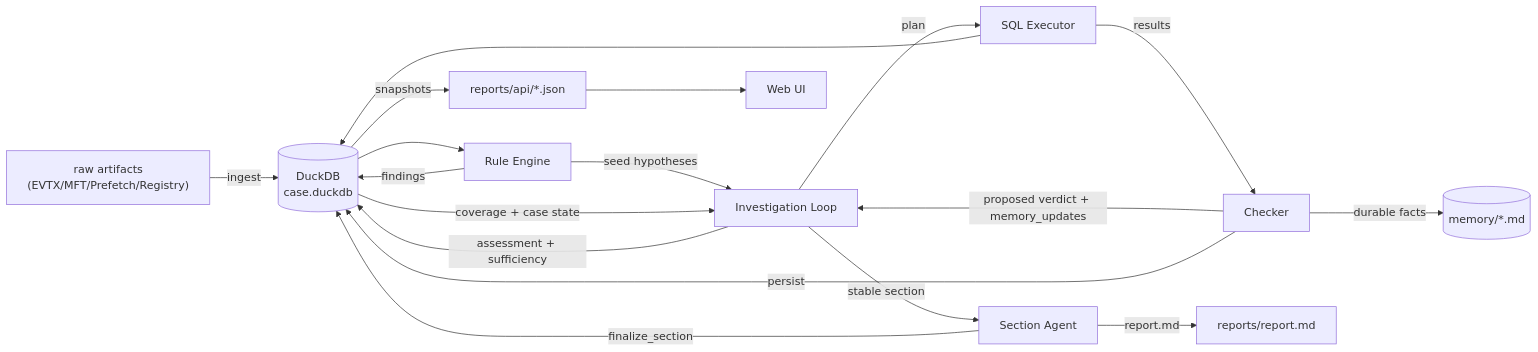
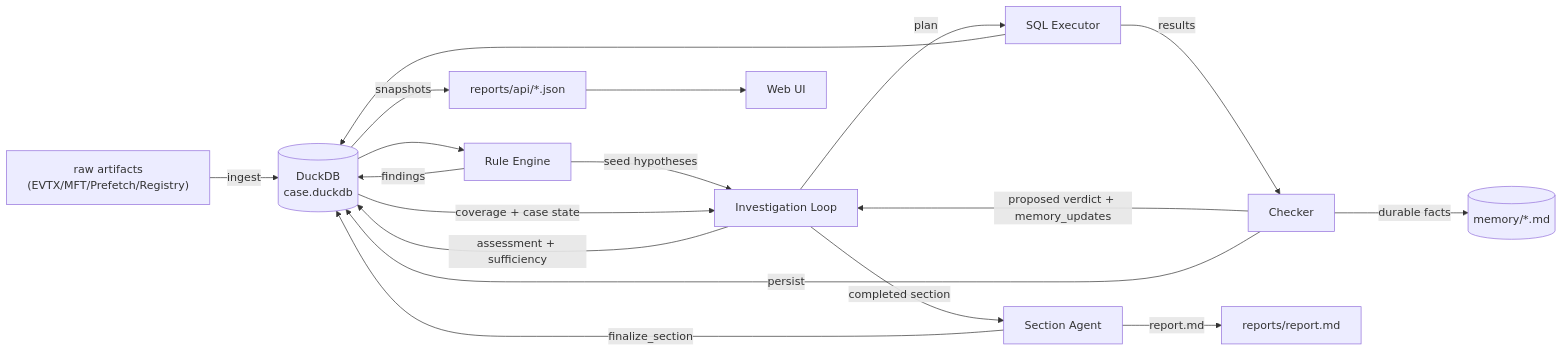
The first of 4 diagrams in docs/architecture.md (sumeshi/forensia), drawn with Mermaid before and after one commit. The commit also changed other lines of this file and 12 other files, not shown here.

````diff
--- a/docs/architecture.md
+++ b/docs/architecture.md
@@ -14,20 +14,20 @@
 ```mermaid
 flowchart LR
     A["raw artifacts<br/>(EVTX/MFT/Prefetch/Registry)"] -->|ingest| B[("DuckDB<br/>case.duckdb")]
     B --> C[Rule Engine]
     C -->|findings| B
     C -->|seed hypotheses| H[Investigation Loop]
     B -->|coverage + case state| H
     H -->|plan| Q[SQL Executor]
     Q --> B
     Q -->|results| K[Checker]
     K -->|proposed verdict + memory_updates| H
     H -->|assessment + sufficiency| B
     K -->|persist| B
     K -->|durable facts| M[("memory/*.md")]
-    H -->|stable section| R[Section Agent]
+    H -->|completed section| R[Section Agent]
     R -->|finalize_section| B
     R -->|report.md| O["reports/report.md"]
     B -->|snapshots| S["reports/api/*.json"]
     S --> W["Web UI"]
 ```
````
